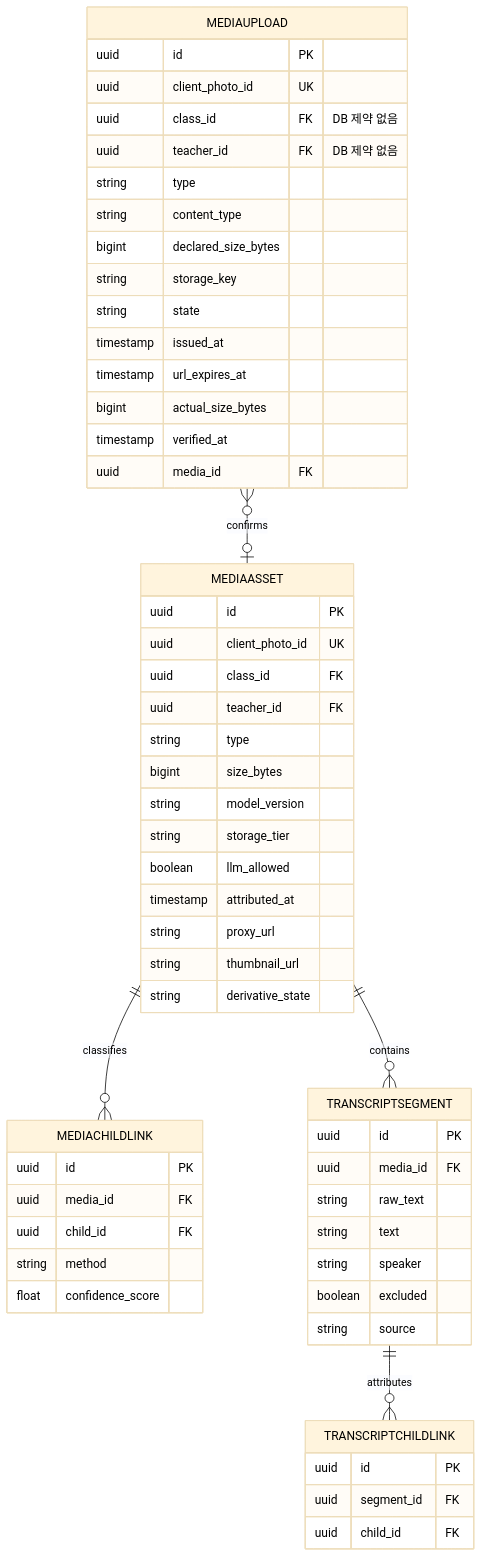
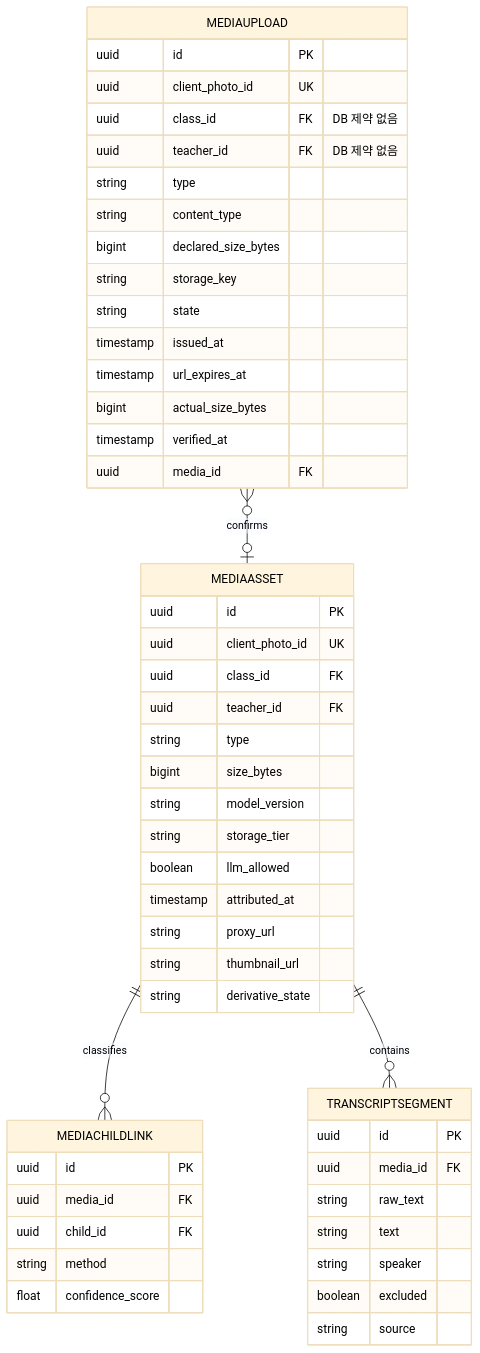
Before and after one commit to kakaotechcampus-4/ktc4-chungnam-4: the third of 8 diagrams in docs/테크스펙.md, drawn with Mermaid. The commit also changed other lines of this file and 1 other file, not shown here.

````diff
--- a/docs/테크스펙.md
+++ b/docs/테크스펙.md
@@ -530,60 +530,54 @@
 ```mermaid
 %%{init: {'theme':'base', 'themeVariables': {'primaryTextColor':'#000000','textColor':'#000000','lineColor':'#000000'}}}%%
 erDiagram
   MEDIAASSET {
     uuid id PK
     uuid client_photo_id UK
     uuid class_id FK
     uuid teacher_id FK
     string type
     bigint size_bytes
     string model_version
     string storage_tier
     boolean llm_allowed
     timestamp attributed_at
     string proxy_url
     string thumbnail_url
     string derivative_state
   }
   MEDIAUPLOAD {
     uuid id PK
     uuid client_photo_id UK
     uuid class_id FK "DB 제약 없음"
     uuid teacher_id FK "DB 제약 없음"
     string type
     string content_type
     bigint declared_size_bytes
     string storage_key
     string state
     timestamp issued_at
     timestamp url_expires_at
     bigint actual_size_bytes
     timestamp verified_at
     uuid media_id FK
   }
   MEDIACHILDLINK {
     uuid id PK
     uuid media_id FK
     uuid child_id FK
     string method
     float confidence_score
   }
   TRANSCRIPTSEGMENT {
     uuid id PK
     uuid media_id FK
     string raw_text
     string text
     string speaker
     boolean excluded
     string source
   }
-  TRANSCRIPTCHILDLINK {
-    uuid id PK
-    uuid segment_id FK
-    uuid child_id FK
-  }
   MEDIAUPLOAD }o--o| MEDIAASSET : confirms
   MEDIAASSET ||--o{ MEDIACHILDLINK : classifies
   MEDIAASSET ||--o{ TRANSCRIPTSEGMENT : contains
-  TRANSCRIPTSEGMENT ||--o{ TRANSCRIPTCHILDLINK : attributes
 ```
````
